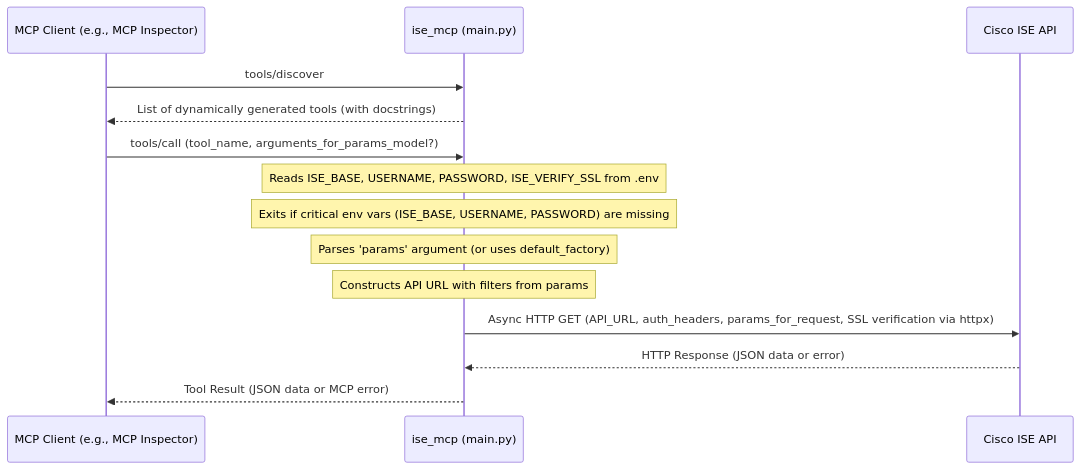
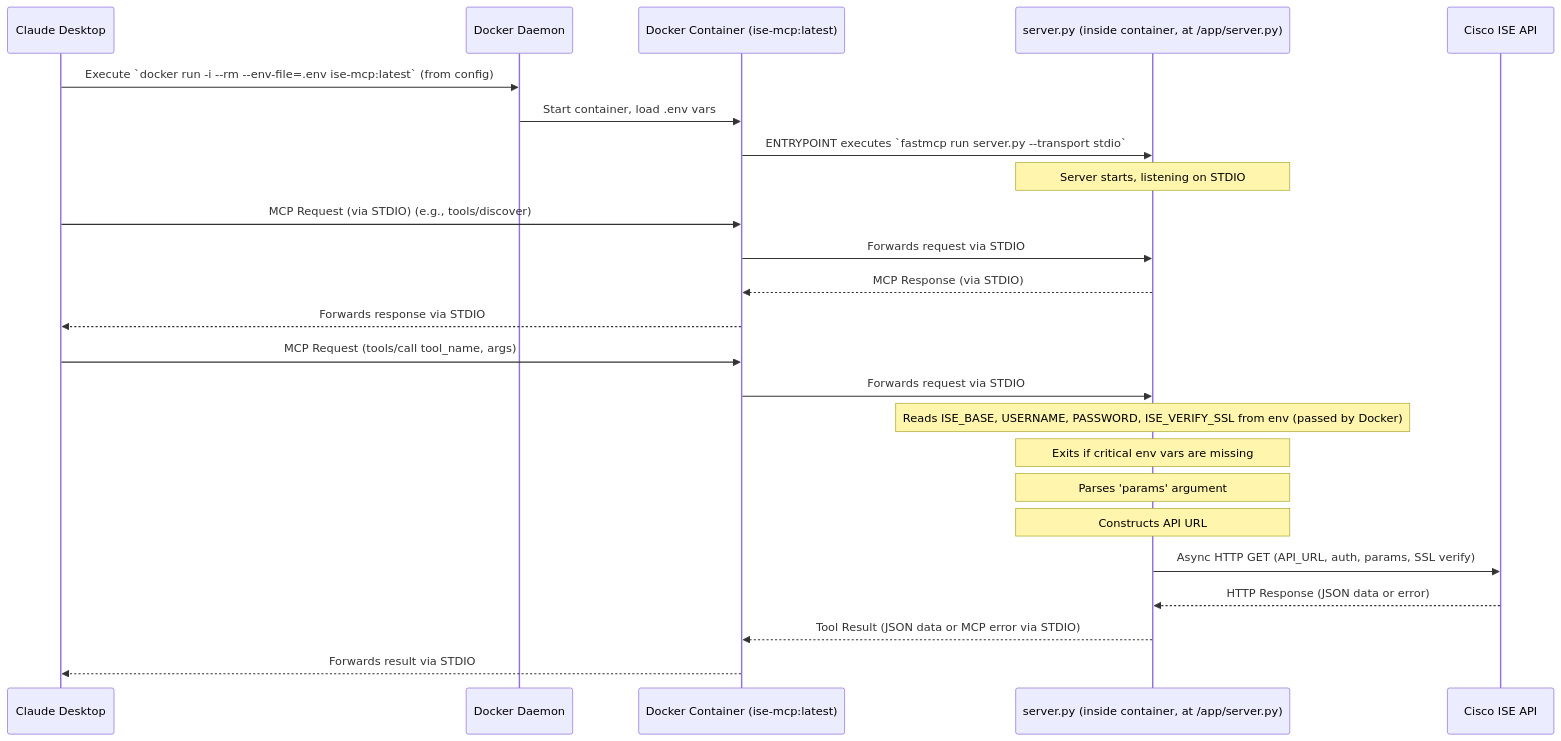
The diagram in memory-bank/systemPatterns.md (RobertBergman/ISE_MCP), drawn with Mermaid before and after one commit. The commit also changed other lines of this file and 13 other files, not shown here.

Commit message:
feat: Migrate to fastmcp, restructure project, and add Docker support

````diff
--- a/memory-bank/systemPatterns.md
+++ b/memory-bank/systemPatterns.md
@@ -42,18 +54,29 @@
 ```mermaid
 sequenceDiagram
-    participant Client as MCP Client (e.g., MCP Inspector)
-    participant FastMCPServer as ise_mcp (main.py)
+    participant ClaudeDesktop as Claude Desktop
+    participant DockerDaemon as Docker Daemon
+    participant DockerContainer as Docker Container (ise-mcp:latest)
+    participant FastMCPServer as server.py (inside container, at /app/server.py)
     participant CiscoISE as Cisco ISE API
 
-    Client->>FastMCPServer: tools/discover
-    FastMCPServer-->>Client: List of dynamically generated tools (with docstrings)
+    ClaudeDesktop->>DockerDaemon: Execute `docker run -i --rm --env-file=.env ise-mcp:latest` (from config)
+    DockerDaemon->>DockerContainer: Start container, load .env vars
+    DockerContainer->>FastMCPServer: ENTRYPOINT executes `fastmcp run server.py --transport stdio`
+    Note over FastMCPServer: Server starts, listening on STDIO
 
-    Client->>FastMCPServer: tools/call (tool_name, arguments_for_params_model?)
-    Note over FastMCPServer: Reads ISE_BASE, USERNAME, PASSWORD, ISE_VERIFY_SSL from .env
-    Note over FastMCPServer: Exits if critical env vars (ISE_BASE, USERNAME, PASSWORD) are missing
-    Note over FastMCPServer: Parses 'params' argument (or uses default_factory)
-    Note over FastMCPServer: Constructs API URL with filters from params
-    FastMCPServer->>CiscoISE: Async HTTP GET (API_URL, auth_headers, params_for_request, SSL verification via httpx)
+    ClaudeDesktop->>DockerContainer: MCP Request (via STDIO) (e.g., tools/discover)
+    DockerContainer->>FastMCPServer: Forwards request via STDIO
+    FastMCPServer-->>DockerContainer: MCP Response (via STDIO)
+    DockerContainer-->>ClaudeDesktop: Forwards response via STDIO
+
+    ClaudeDesktop->>DockerContainer: MCP Request (tools/call tool_name, args)
+    DockerContainer->>FastMCPServer: Forwards request via STDIO
+    Note over FastMCPServer: Reads ISE_BASE, USERNAME, PASSWORD, ISE_VERIFY_SSL from env (passed by Docker)
+    Note over FastMCPServer: Exits if critical env vars are missing
+    Note over FastMCPServer: Parses 'params' argument
+    Note over FastMCPServer: Constructs API URL
+    FastMCPServer->>CiscoISE: Async HTTP GET (API_URL, auth, params, SSL verify)
     CiscoISE-->>FastMCPServer: HTTP Response (JSON data or error)
-    FastMCPServer-->>Client: Tool Result (JSON data or MCP error)
+    FastMCPServer-->>DockerContainer: Tool Result (JSON data or MCP error via STDIO)
+    DockerContainer-->>ClaudeDesktop: Forwards result via STDIO
 ```
````
